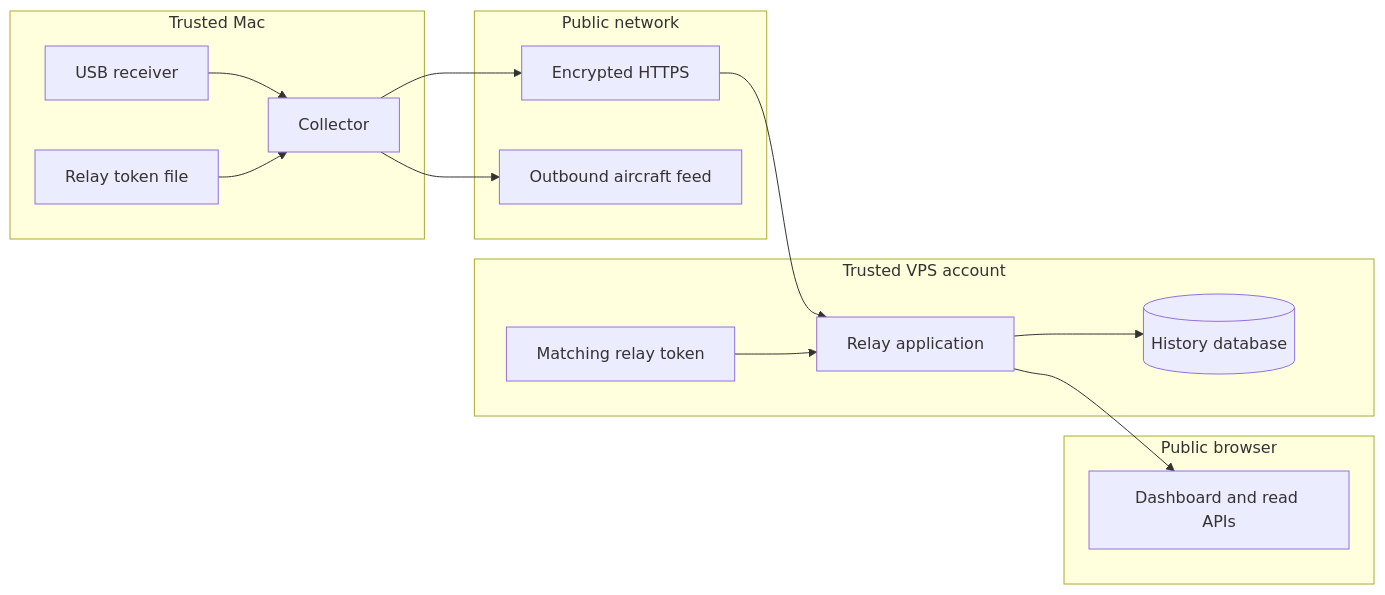
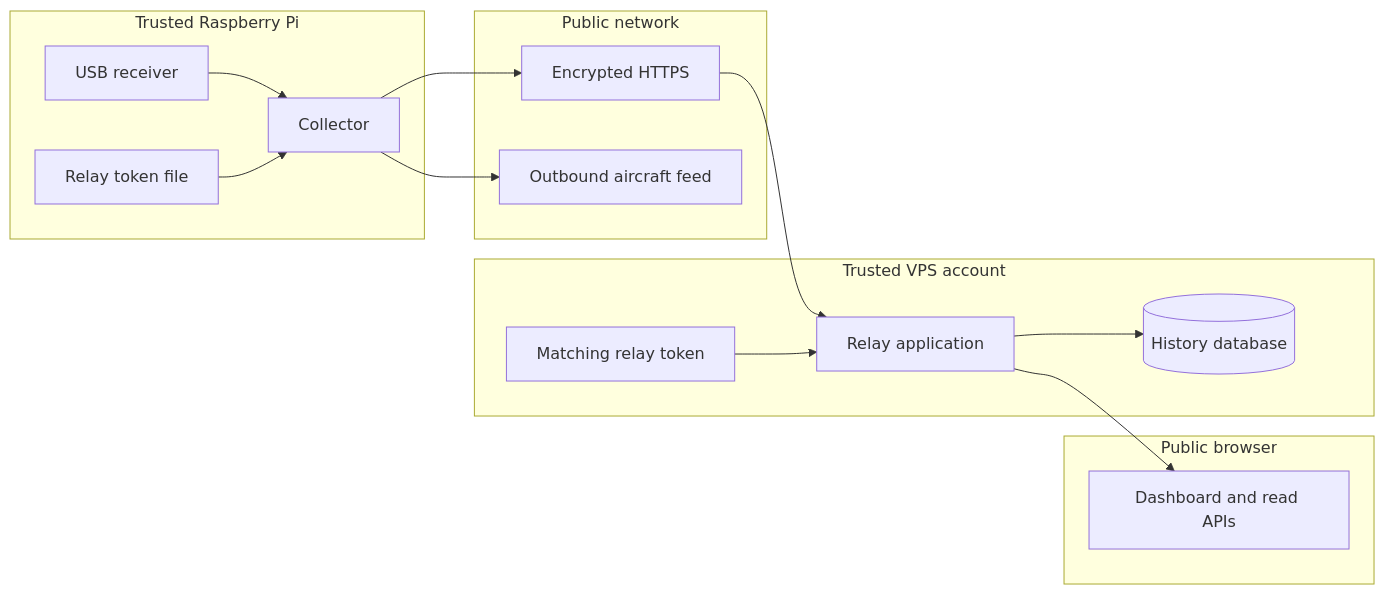
One commit to ramideltoro/antenna_observatory changed the fourth of 6 diagrams in wiki-site/docs/architecture.md. Above: the diagram before and after it, drawn with Mermaid. The commit also changed other lines of this file and 14 other files, not shown here.

````diff
--- a/wiki-site/docs/architecture.md
+++ b/wiki-site/docs/architecture.md
@@ -83,27 +89,27 @@
 ```mermaid
 flowchart LR
-    subgraph T1[Trusted Mac]
+    subgraph T1[Trusted Raspberry Pi]
       USB[USB receiver]
       COL[Collector]
       TOKEN1[Relay token file]
     end
     subgraph T2[Public network]
       HTTPS[Encrypted HTTPS]
       TCP[Outbound aircraft feed]
     end
     subgraph T3[Trusted VPS account]
       APP[Relay application]
       TOKEN2[Matching relay token]
       DB[(History database)]
     end
     subgraph T4[Public browser]
       DASH[Dashboard and read APIs]
     end
     USB --> COL
     TOKEN1 --> COL
     COL --> HTTPS --> APP
     TOKEN2 --> APP
     APP --> DB
     APP --> DASH
     COL --> TCP
 ```
````
